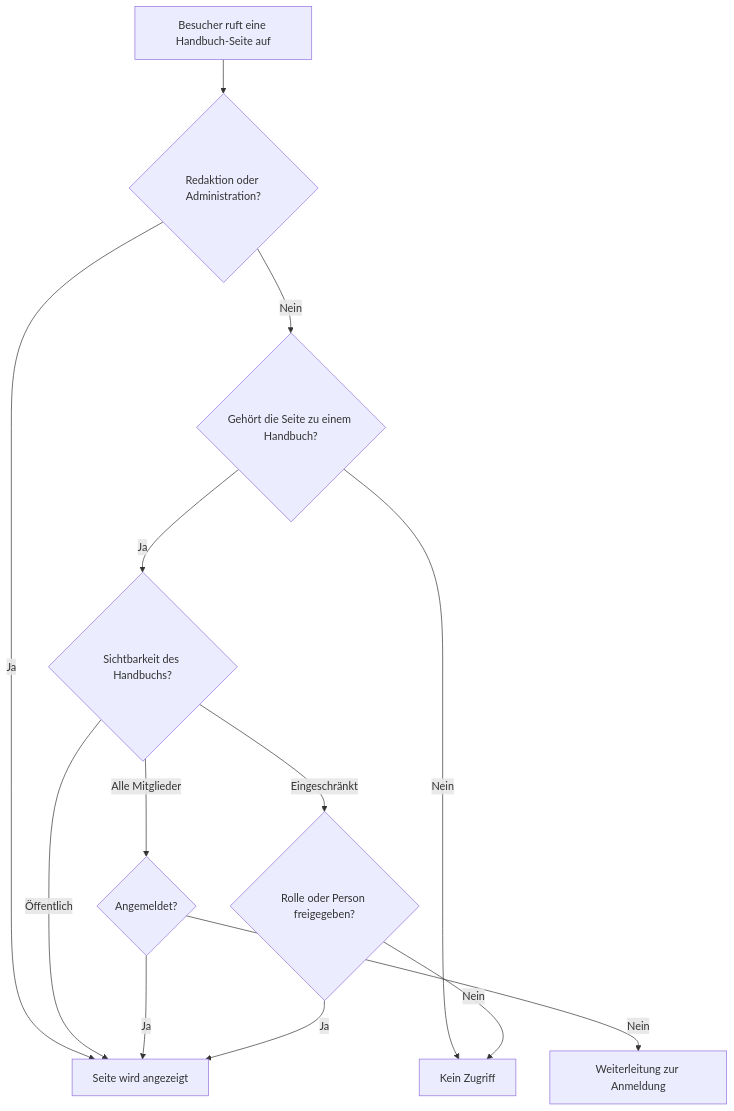
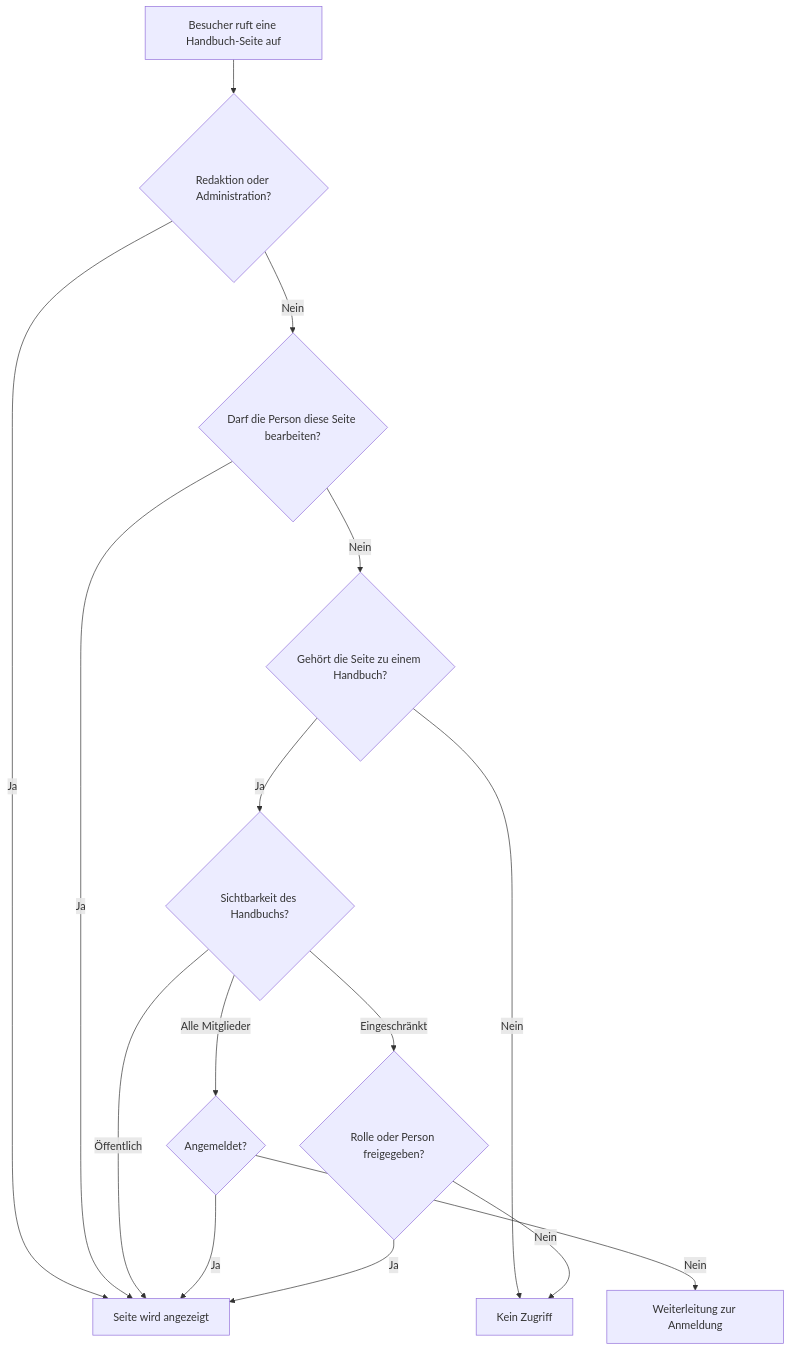
Before and after one commit to rfluethi/living-handbook: the diagram in docs/user/de/living-handbook/zugriff/zugriff-verstehen.md, drawn with Mermaid. The commit also changed other lines of this file and 38 other files, not shown here.

````diff
--- a/docs/user/de/living-handbook/zugriff/zugriff-verstehen.md
+++ b/docs/user/de/living-handbook/zugriff/zugriff-verstehen.md
@@ -11,15 +11,17 @@
 ```mermaid
 graph TD;
   A["Besucher ruft eine Handbuch-Seite auf"] --> R{"Redaktion oder Administration?"};
   R -->|"Ja"| Y["Seite wird angezeigt"];
-  R -->|"Nein"| B{"Gehört die Seite zu einem Handbuch?"};
+  R -->|"Nein"| W{"Darf die Person diese Seite bearbeiten?"};
+  W -->|"Ja"| Y;
+  W -->|"Nein"| B{"Gehört die Seite zu einem Handbuch?"};
   B -->|"Nein"| X["Kein Zugriff"];
   B -->|"Ja"| C{"Sichtbarkeit des Handbuchs?"};
   C -->|"Öffentlich"| Y["Seite wird angezeigt"];
   C -->|"Alle Mitglieder"| D{"Angemeldet?"};
   C -->|"Eingeschränkt"| E{"Rolle oder Person freigegeben?"};
   D -->|"Ja"| Y;
   D -->|"Nein"| L["Weiterleitung zur Anmeldung"];
   E -->|"Ja"| Y;
   E -->|"Nein"| X;
 ```
````
